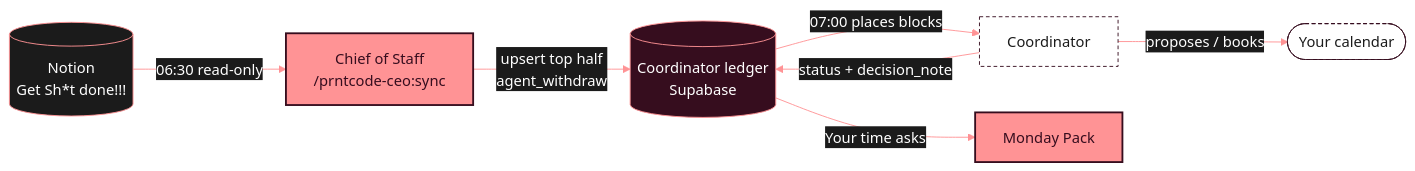
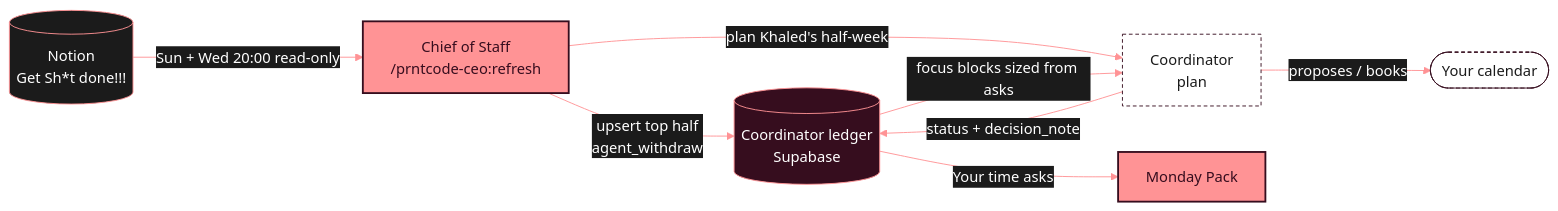
Before and after one commit to thevault-dev/prntcode-ceo: the diagram in README.md, drawn with Mermaid. The commit also changed other lines of this file and 9 other files, not shown here.

First line of the commit message:
PRNTCODE 2.0.0: half-week refresh, what-now, handoff to Coordinator

````diff
--- a/README.md
+++ b/README.md
@@ -15,14 +16,15 @@
 ```mermaid
 %%{init: {"theme":"base","themeVariables":{"fontFamily":"Geist, Helvetica, Arial, sans-serif","primaryColor":"#360D1E","primaryTextColor":"#FFFFFF","primaryBorderColor":"#FF9395","lineColor":"#FF9395","secondaryColor":"#1B1B1B","tertiaryColor":"#FFFFFF"}}}%%
 flowchart LR
-    N[("Notion<br/>Get Sh*t done!!!")]:::src -->|"06:30 read-only"| S["Chief of Staff<br/>/prntcode-ceo:sync"]:::live
+    N[("Notion<br/>Get Sh*t done!!!")]:::src -->|"Sun + Wed 20:00 read-only"| S["Chief of Staff<br/>/prntcode-ceo:refresh"]:::live
     S -->|"upsert top half<br/>agent_withdraw"| L[("Coordinator ledger<br/>Supabase")]:::ledger
-    L -->|"07:00 places blocks"| C["Coordinator"]:::ext
+    S -->|"plan Khaled's half-week"| C["Coordinator<br/>plan"]:::ext
+    L -->|"focus blocks sized from asks"| C
     C -->|"proposes / books"| K(["Your calendar"]):::ext
     C -->|"status + decision_note"| L
     L -->|"Your time asks"| M["Monday Pack"]:::live
     classDef live fill:#FF9395,stroke:#360D1E,color:#360D1E,stroke-width:2px
     classDef src fill:#1B1B1B,stroke:#FF9395,color:#FFFFFF
     classDef ledger fill:#360D1E,stroke:#FF9395,color:#FFFFFF
     classDef ext fill:#FFFFFF,stroke:#360D1E,color:#1B1B1B,stroke-dasharray:4 3
 ```
````
